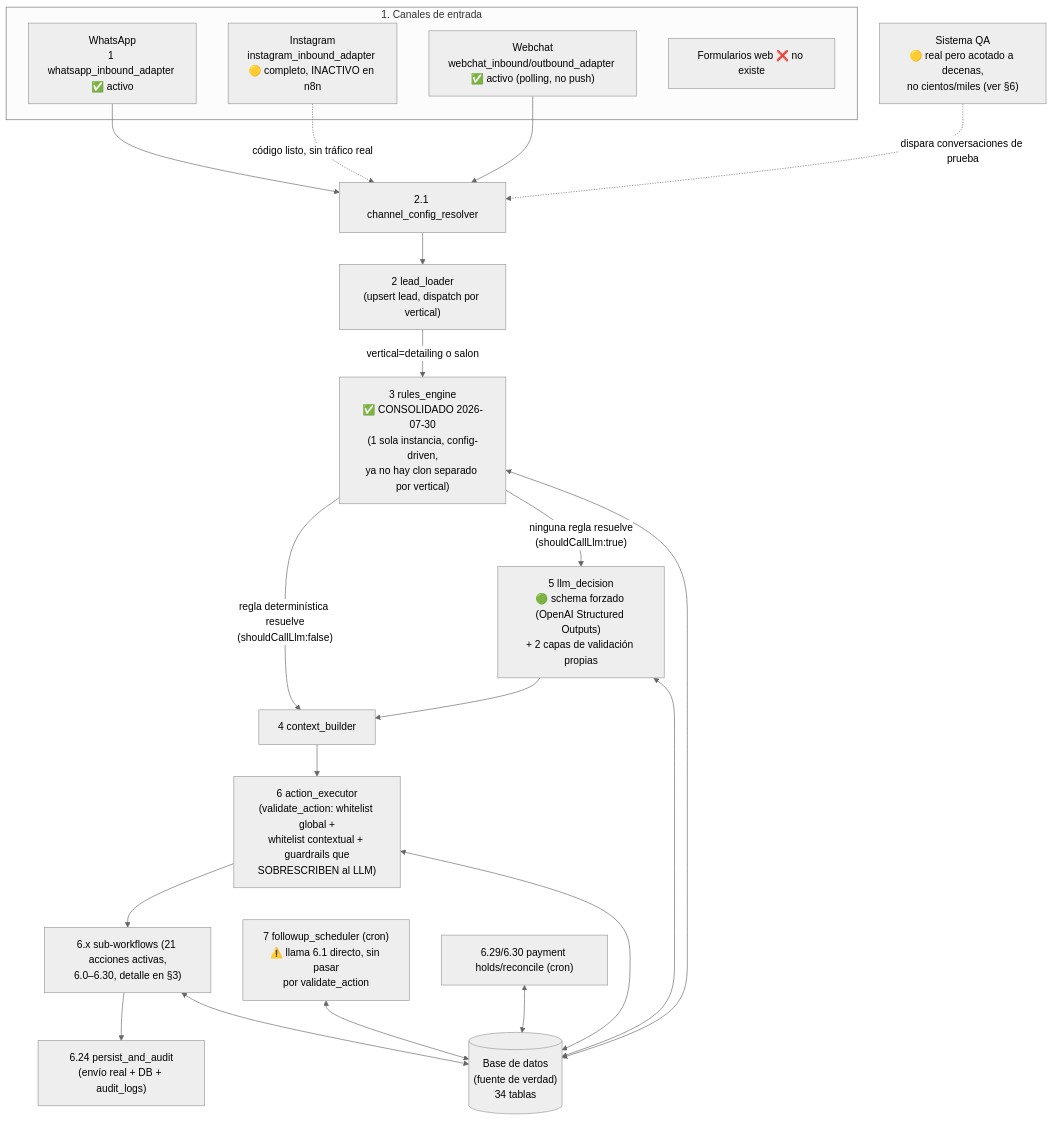
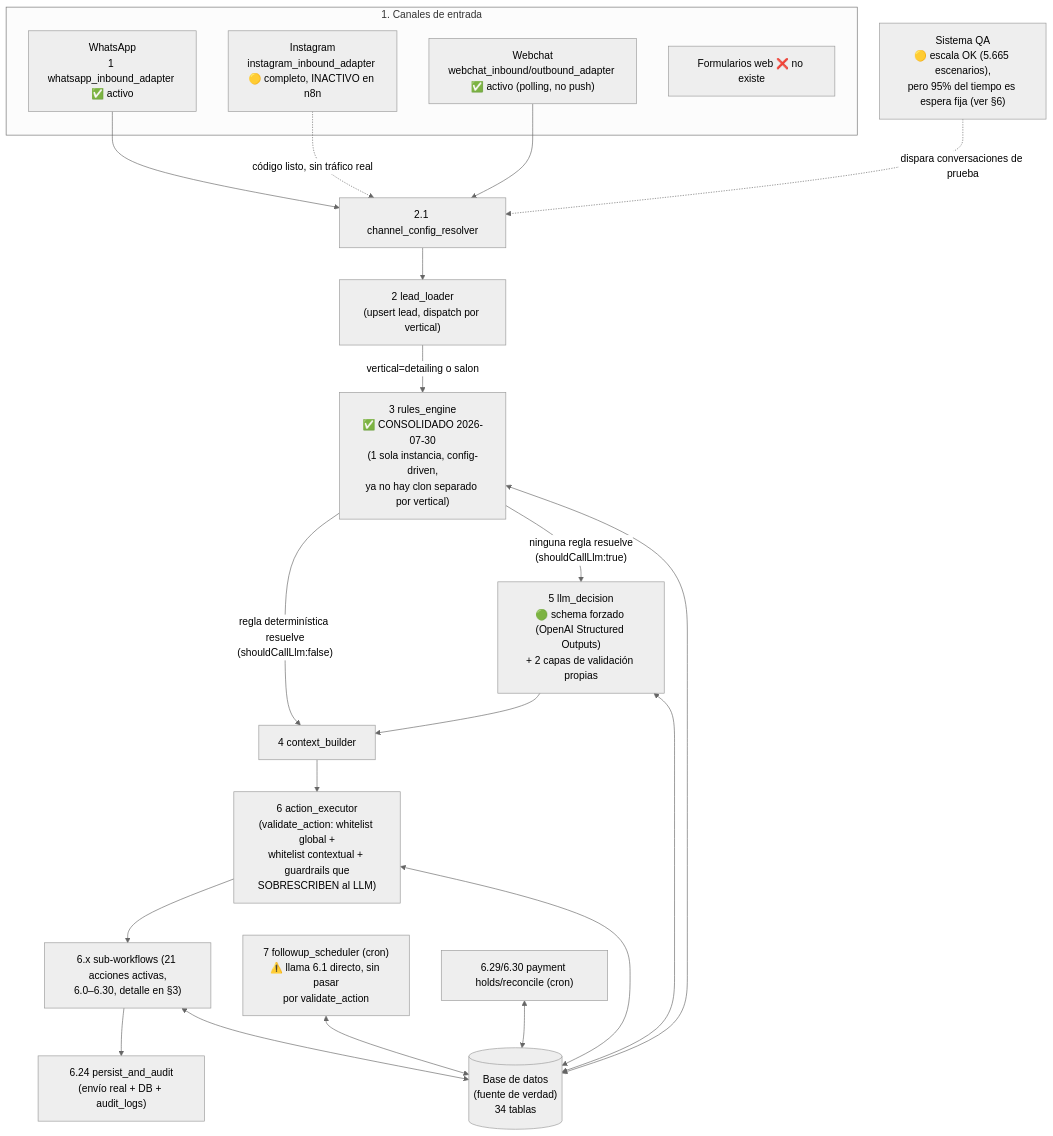
The diagram in ARCHITECTURE.md (aahumada21/closerai), drawn with Mermaid (neutral theme) before and after one commit. The commit also changed other lines of this file and 1 other file, not shown here.

First line of the commit message:
docs: diagnosticar la escala real del QA (la premisa del gap era incorrecta)

````diff
--- a/ARCHITECTURE.md
+++ b/ARCHITECTURE.md
@@ -11,39 +11,39 @@
 ```mermaid
 flowchart TD
     subgraph Canales["1. Canales de entrada"]
         WA["WhatsApp<br/>1 whatsapp_inbound_adapter ✅ activo"]
         IG["Instagram<br/>instagram_inbound_adapter 🟡 completo, INACTIVO en n8n"]
         WC["Webchat<br/>webchat_inbound/outbound_adapter ✅ activo (polling, no push)"]
         FORM["Formularios web ❌ no existe"]
     end
 
     WA --> CCR["2.1 channel_config_resolver"]
     IG -.->|"código listo, sin tráfico real"| CCR
     WC --> CCR
 
     CCR --> LL["2 lead_loader<br/>(upsert lead, dispatch por vertical)"]
 
     LL -->|"vertical=detailing o salon"| RE["3 rules_engine<br/>✅ CONSOLIDADO 2026-07-30<br/>(1 sola instancia, config-driven,<br/>ya no hay clon separado por vertical)"]
 
     RE -->|"regla determinística resuelve<br/>(shouldCallLlm:false)"| CB1["4 context_builder"]
     RE -->|"ninguna regla resuelve<br/>(shouldCallLlm:true)"| LLM["5 llm_decision<br/>🟢 schema forzado (OpenAI Structured Outputs)<br/>+ 2 capas de validación propias"]
     LLM --> CB1
     CB1 --> AE["6 action_executor<br/>(validate_action: whitelist global +<br/>whitelist contextual + guardrails que<br/>SOBRESCRIBEN al LLM)"]
 
     AE --> SUB["6.x sub-workflows (21 acciones activas,<br/>6.0–6.30, detalle en §3)"]
     SUB --> PA["6.24 persist_and_audit<br/>(envío real + DB + audit_logs)"]
 
     DB[("Base de datos<br/>(fuente de verdad)<br/>34 tablas")]
     RE <--> DB
     LLM <--> DB
     AE <--> DB
     SUB <--> DB
 
     CRON1["7 followup_scheduler (cron)<br/>⚠️ llama 6.1 directo, sin pasar<br/>por validate_action"]
     CRON2["6.29/6.30 payment holds/reconcile (cron)"]
     CRON1 <--> DB
     CRON2 <--> DB
 
-    QA["Sistema QA<br/>🟡 real pero acotado a decenas,<br/>no cientos/miles (ver §6)"]
+    QA["Sistema QA<br/>🟡 escala OK (5.665 escenarios),<br/>pero 95% del tiempo es espera fija (ver §6)"]
     QA -.->|"dispara conversaciones de prueba"| CCR
 ```
````
